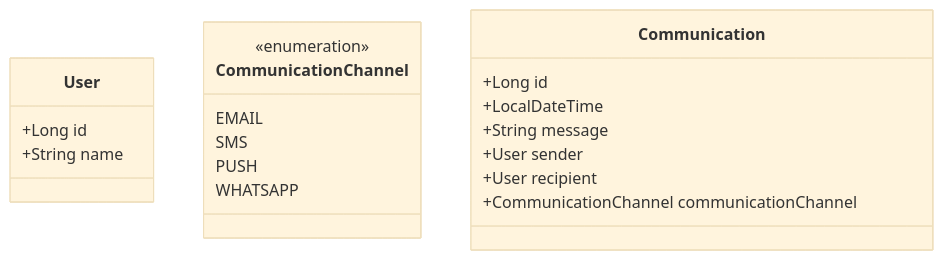
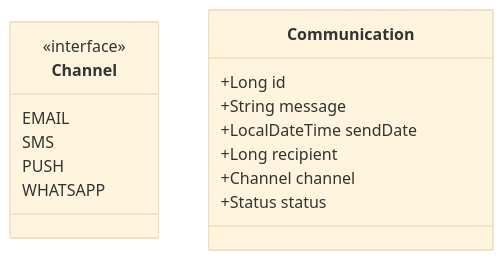
One commit to PauloNayron/message-service changed the fourth of 4 diagrams in README.md. Above: the diagram before and after it, drawn with Mermaid (base theme). The commit also changed other lines of this file and 6 other files, not shown here.

````diff
--- a/README.md
+++ b/README.md
@@ -55,22 +64,18 @@
 ```mermaid
 classDiagram
-    class User {
-        +Long id
-        +String name
-    }
-    class CommunicationChannel {
-        <<enumeration>>
+    class Channel {
+        <<interface>>
         EMAIL
         SMS
         PUSH
         WHATSAPP
     }
     class Communication{
         +Long id
-        +LocalDateTime 
         +String message
-        +User sender
-        +User recipient
-        +CommunicationChannel communicationChannel
+        +LocalDateTime sendDate
+        +Long recipient
+        +Channel channel
+        +Status status
     }
 ```
````
